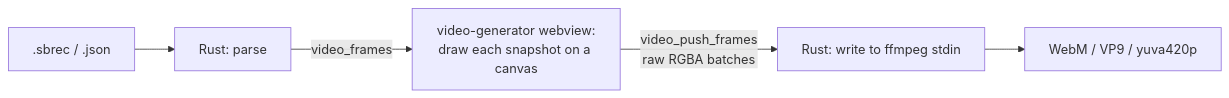
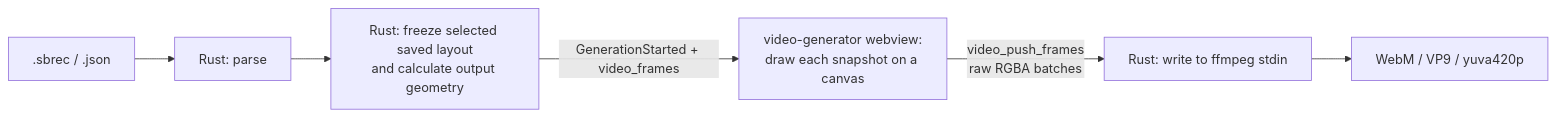
Before and after one commit to d-luca/scoreboard_server: the diagram in docs/features/recording-video.md, drawn with Mermaid. The commit also changed other lines of this file and 11 other files, not shown here.

````diff
--- a/docs/features/recording-video.md
+++ b/docs/features/recording-video.md
@@ -76,7 +76,8 @@
 ```mermaid
 graph LR
     A[".sbrec / .json"] --> B["Rust: parse"]
-    B -->|video_frames| C["video-generator webview:<br/>draw each snapshot on a canvas"]
+    B --> X["Rust: freeze selected saved layout<br/>and calculate output geometry"]
+    X -->|GenerationStarted + video_frames| C["video-generator webview:<br/>draw each snapshot on a canvas"]
     C -->|video_push_frames<br/>raw RGBA batches| D["Rust: write to ffmpeg stdin"]
     D --> E["WebM / VP9 / yuva420p"]
 ```
````
